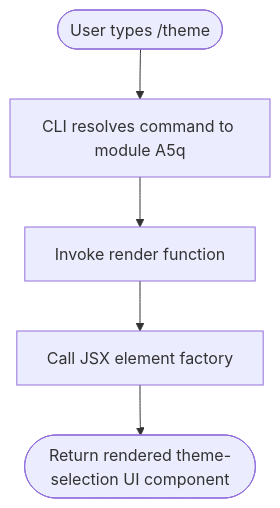
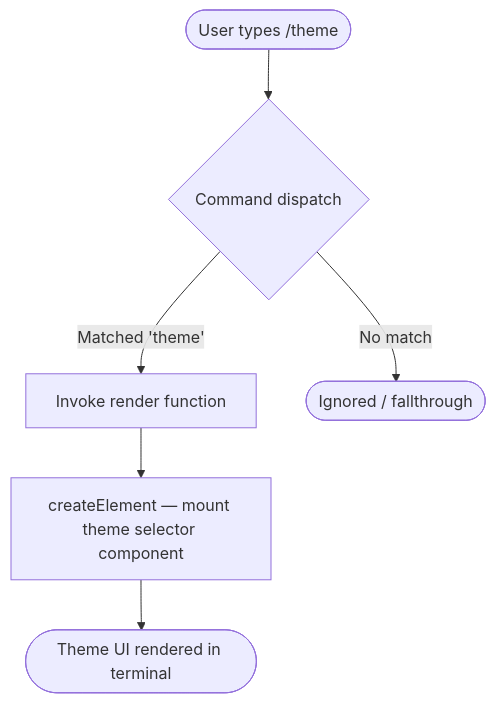
One commit to MyLittleLuckyDog/cc-gnothi changed the diagram in versions/v2.1.143/theme.md. Above: the diagram before and after it, drawn with Mermaid. The commit also changed other lines of this file and 87 other files, not shown here.

````diff
--- a/versions/v2.1.143/theme.md
+++ b/versions/v2.1.143/theme.md
@@ -42,7 +46,8 @@
 ```mermaid
 flowchart TD
-    A([User types /theme]) --> B[CLI resolves command to module A5q]
-    B --> C[Invoke render function]
-    C --> D[Call JSX element factory]
-    D --> E([Return rendered theme-selection UI component])
+    A([User types /theme]) --> B{Command dispatch}
+    B -->|Matched 'theme'| C[Invoke render function]
+    C --> D[createElement — mount theme selector component]
+    D --> E([Theme UI rendered in terminal])
+    B -->|No match| F([Ignored / fallthrough])
 ```
````
